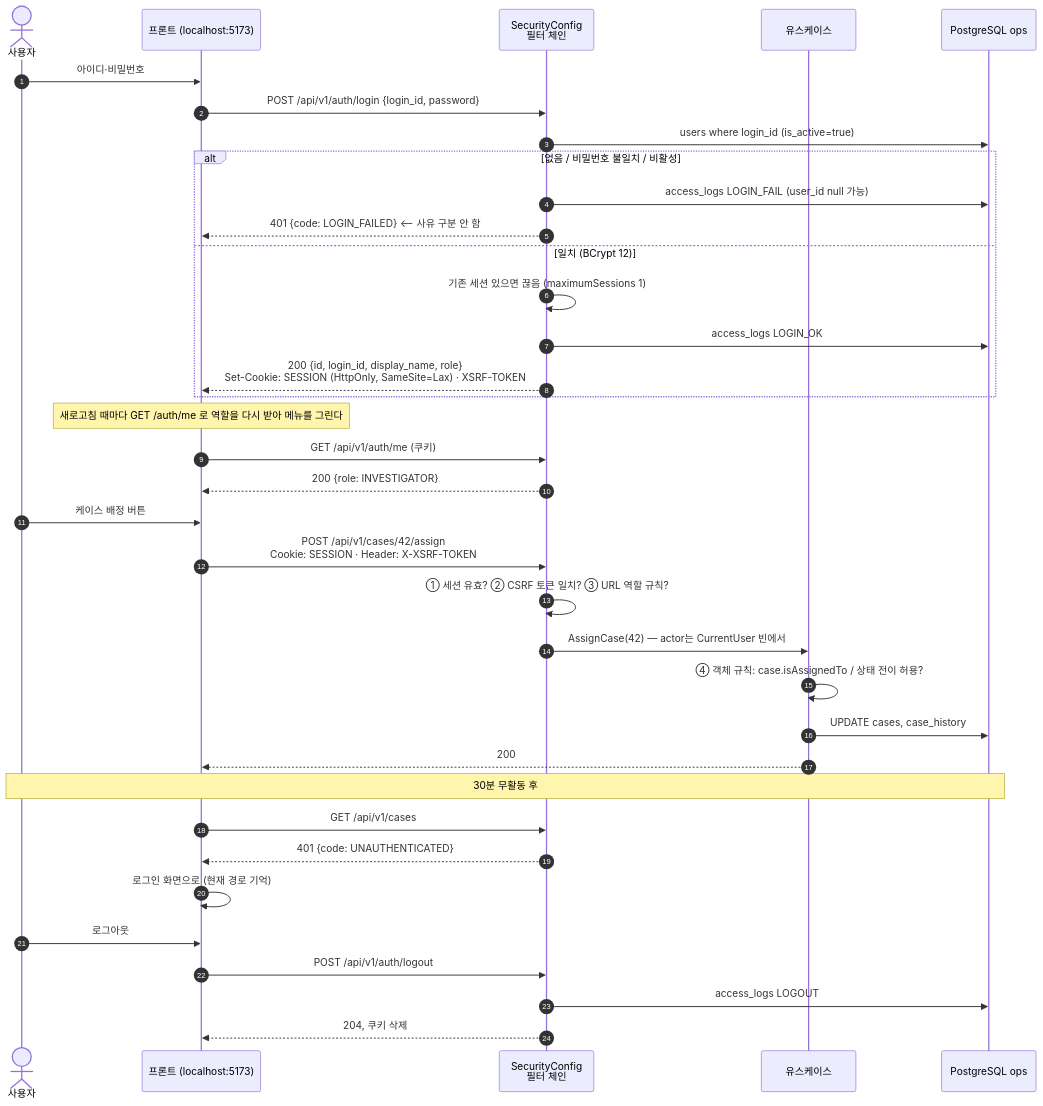
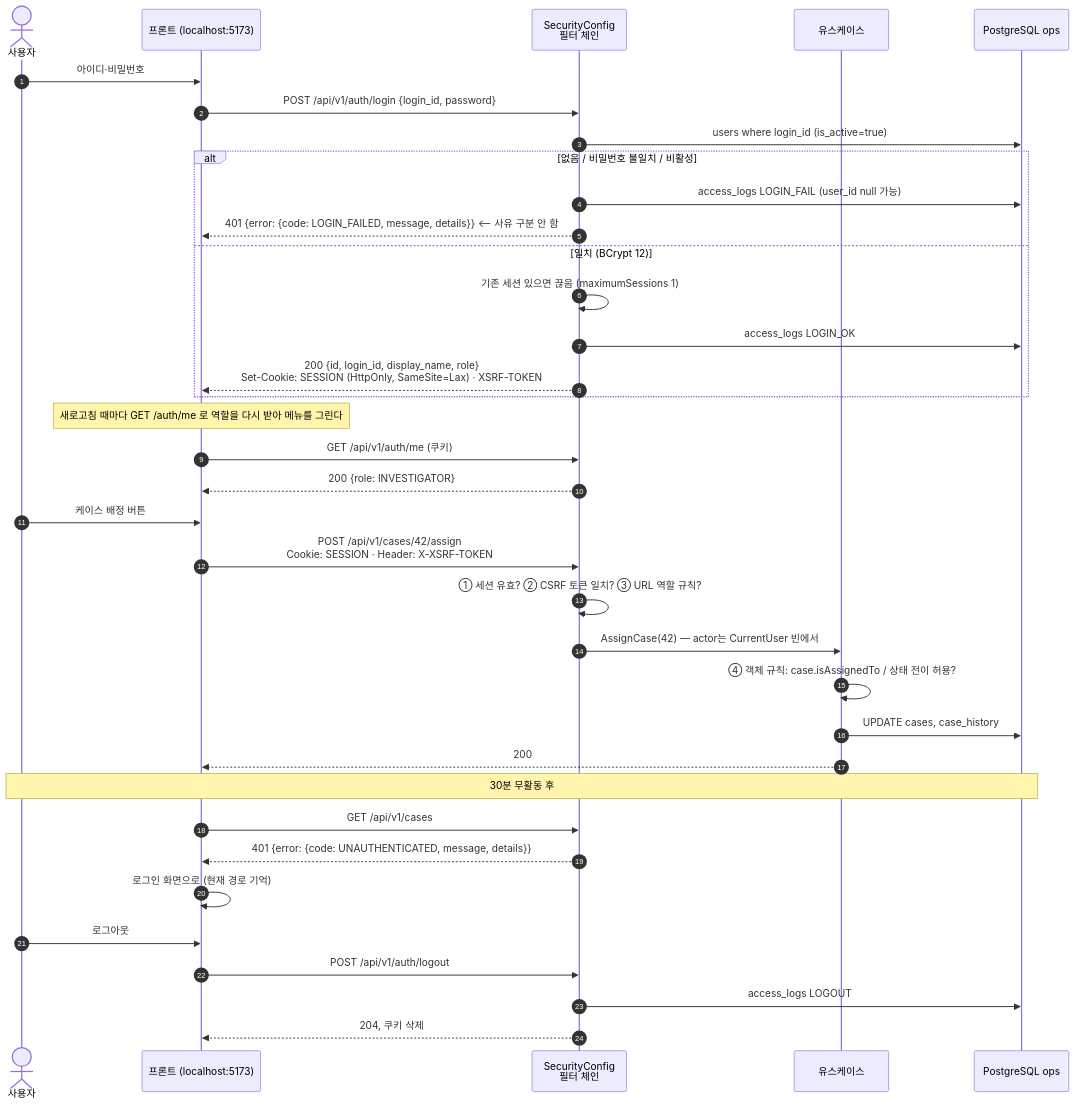
One commit to dajaba-team/dajaba-backend changed the first of 3 diagrams in docs/flows/05_login_auth.md. Above: the diagram before and after it, drawn with Mermaid. The commit also changed other lines of this file and 3 other files, not shown here.

Commit message:
📝 docs: flows/02·05·04_auth_user를 10/30 결정에 맞춤 (미결 8·11·17, 서식 안건 4) (#11)

````diff
--- a/docs/flows/05_login_auth.md
+++ b/docs/flows/05_login_auth.md
@@ -7,43 +7,43 @@
 ```mermaid
 sequenceDiagram
     autonumber
     actor U as 사용자
     participant FE as 프론트 (localhost:5173)
     participant SEC as SecurityConfig<br/>필터 체인
     participant UC as 유스케이스
     participant DB as PostgreSQL ops
 
     U->>FE: 아이디·비밀번호
     FE->>SEC: POST /api/v1/auth/login {login_id, password}
     SEC->>DB: users where login_id (is_active=true)
     alt 없음 / 비밀번호 불일치 / 비활성
         SEC->>DB: access_logs LOGIN_FAIL (user_id null 가능)
-        SEC-->>FE: 401 {code: LOGIN_FAILED}  ⟵ 사유 구분 안 함
+        SEC-->>FE: 401 {error: {code: LOGIN_FAILED, message, details}}  ⟵ 사유 구분 안 함
     else 일치 (BCrypt 12)
         SEC->>SEC: 기존 세션 있으면 끊음 (maximumSessions 1)
         SEC->>DB: access_logs LOGIN_OK
         SEC-->>FE: 200 {id, login_id, display_name, role}<br/>Set-Cookie: SESSION (HttpOnly, SameSite=Lax) · XSRF-TOKEN
     end
 
     note over FE: 새로고침 때마다 GET /auth/me 로 역할을 다시 받아 메뉴를 그린다
     FE->>SEC: GET /api/v1/auth/me (쿠키)
     SEC-->>FE: 200 {role: INVESTIGATOR}
 
     U->>FE: 케이스 배정 버튼
     FE->>SEC: POST /api/v1/cases/42/assign<br/>Cookie: SESSION · Header: X-XSRF-TOKEN
     SEC->>SEC: ① 세션 유효? ② CSRF 토큰 일치? ③ URL 역할 규칙?
     SEC->>UC: AssignCase(42)  — actor는 CurrentUser 빈에서
     UC->>UC: ④ 객체 규칙: case.isAssignedTo / 상태 전이 허용?
     UC->>DB: UPDATE cases, case_history
     UC-->>FE: 200
 
     note over U,DB: 30분 무활동 후
     FE->>SEC: GET /api/v1/cases
-    SEC-->>FE: 401 {code: UNAUTHENTICATED}
+    SEC-->>FE: 401 {error: {code: UNAUTHENTICATED, message, details}}
     FE->>FE: 로그인 화면으로 (현재 경로 기억)
 
     U->>FE: 로그아웃
     FE->>SEC: POST /api/v1/auth/logout
     SEC->>DB: access_logs LOGOUT
     SEC-->>FE: 204, 쿠키 삭제
 ```
````
